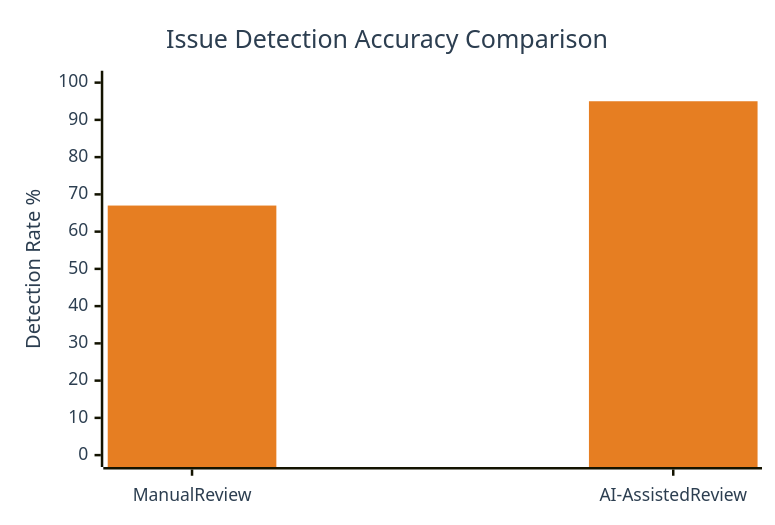
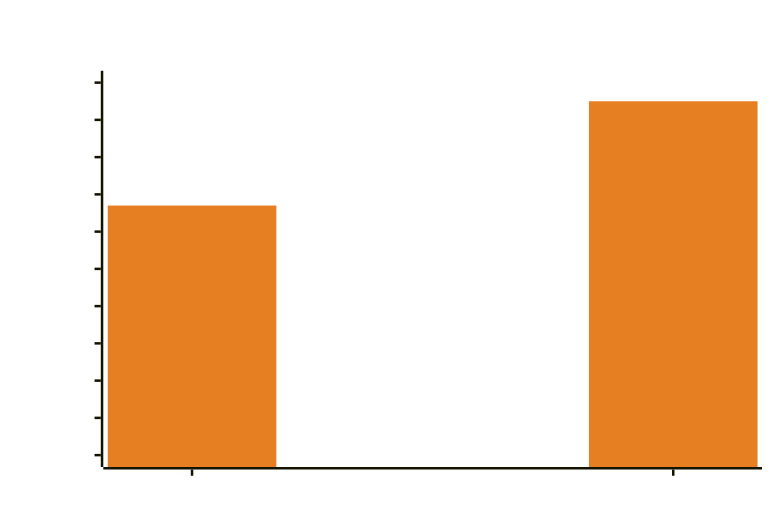
The fifth of 20 diagrams in README.md (PriscillaOng12/AI-Code-Review-Squad), drawn with Mermaid before and after one commit. The commit also changed other lines of this file, not shown here.

````diff
--- a/README.md
+++ b/README.md
@@ -165,8 +165,8 @@
 ```mermaid
-%%{init: {'xyChart': {'width': 600, 'height': 400}, 'themeVariables': {'xyChart': {'backgroundColor': '#ffffff', 'titleColor': '#2c3e50', 'xAxisTitleColor': '#2c3e50', 'yAxisTitleColor': '#2c3e50', 'xAxisLabelColor': '#2c3e50', 'yAxisLabelColor': '#2c3e50', 'plotColorPalette': '#e67e22, #27ae60'}}}}%%
+%%{init: {'xyChart': {'width': 600, 'height': 400}, 'themeVariables': {'xyChart': {'backgroundColor': 'transparent', 'titleColor': '#ffffff', 'xAxisTitleColor': '#ffffff', 'yAxisTitleColor': '#ffffff', 'xAxisLabelColor': '#ffffff', 'yAxisLabelColor': '#ffffff', 'plotColorPalette': '#e67e22, #27ae60'}}}}%%
 xychart-beta
     title "Issue Detection Accuracy Comparison"
     x-axis [Manual Review, AI-Assisted Review]
     y-axis "Detection Rate %" 0 --> 100
     bar [67, 95]
 ```
````
